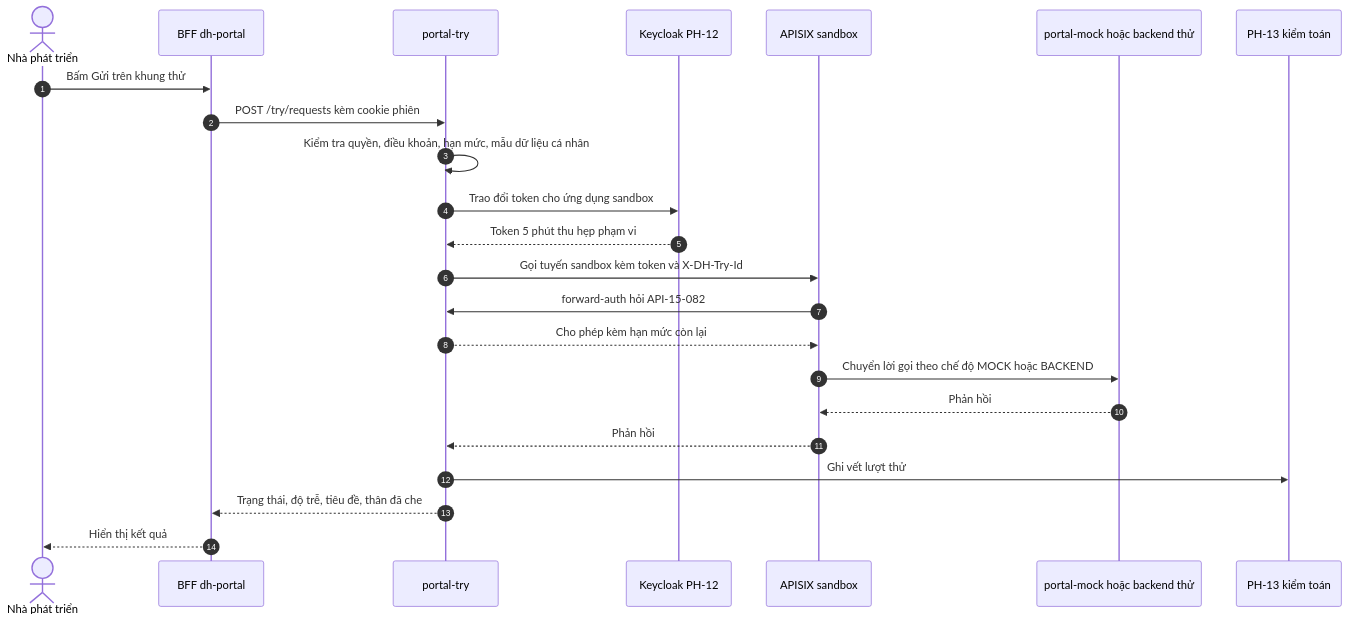
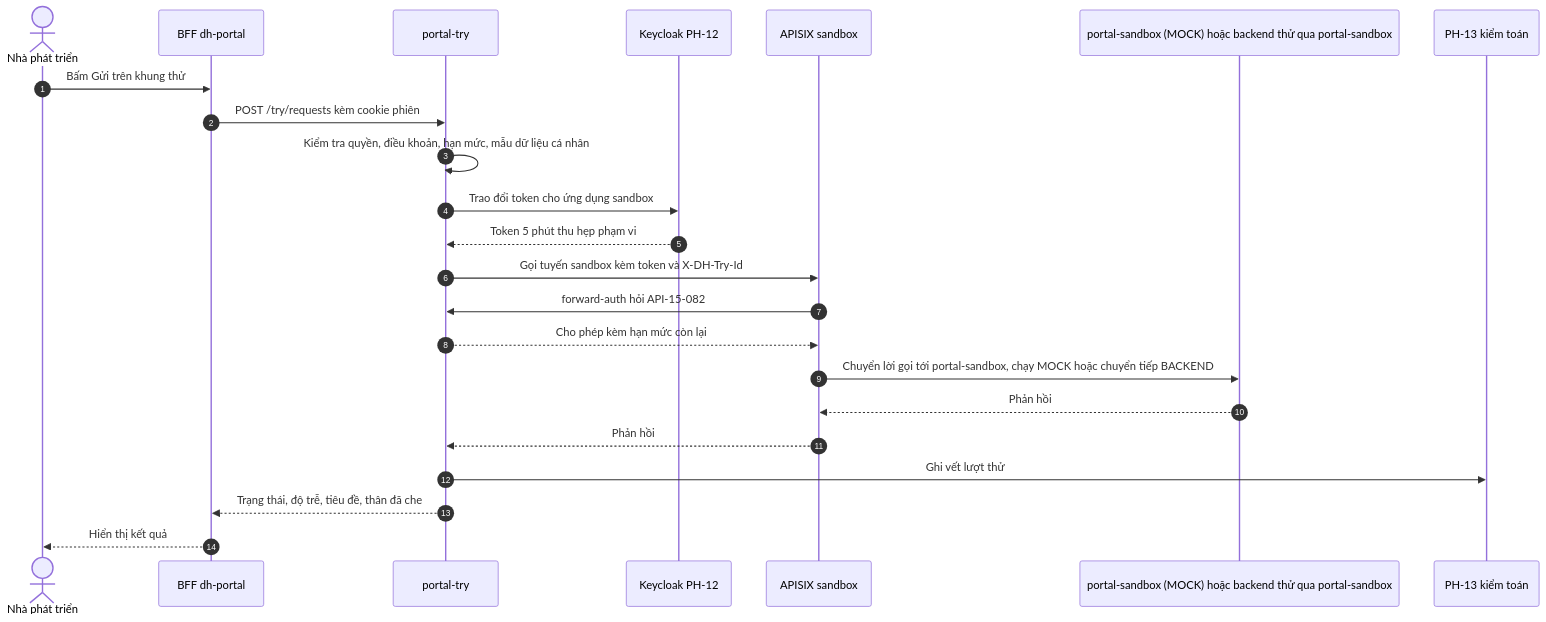
One commit to caprocute/DATAHUB changed the second of 11 diagrams in datahub-docs/02-yeu-cau/frs/D02-03-PH15-frs-cong-nha-phat-trien.md. Above: the diagram before and after it, drawn with Mermaid. The commit also changed other lines of this file and 6 other files, not shown here.

````diff
--- a/datahub-docs/02-yeu-cau/frs/D02-03-PH15-frs-cong-nha-phat-trien.md
+++ b/datahub-docs/02-yeu-cau/frs/D02-03-PH15-frs-cong-nha-phat-trien.md
@@ -265,25 +268,25 @@
 ```{.mermaid caption="Trình tự thử API trên sandbox"}
 sequenceDiagram
   autonumber
   actor D as Nhà phát triển
   participant B as BFF dh-portal
   participant T as portal-try
   participant K as Keycloak PH-12
   participant G as APISIX sandbox
-  participant M as portal-mock hoặc backend thử
+  participant M as portal-sandbox (MOCK) hoặc backend thử qua portal-sandbox
   participant A as PH-13 kiểm toán
   D->>B: Bấm Gửi trên khung thử
   B->>T: POST /try/requests kèm cookie phiên
   T->>T: Kiểm tra quyền, điều khoản, hạn mức, mẫu dữ liệu cá nhân
   T->>K: Trao đổi token cho ứng dụng sandbox
   K-->>T: Token 5 phút thu hẹp phạm vi
   T->>G: Gọi tuyến sandbox kèm token và X-DH-Try-Id
   G->>T: forward-auth hỏi API-15-082
   T-->>G: Cho phép kèm hạn mức còn lại
-  G->>M: Chuyển lời gọi theo chế độ MOCK hoặc BACKEND
+  G->>M: Chuyển lời gọi tới portal-sandbox, chạy MOCK hoặc chuyển tiếp BACKEND
   M-->>G: Phản hồi
   G-->>T: Phản hồi
   T->>A: Ghi vết lượt thử
   T-->>B: Trạng thái, độ trễ, tiêu đề, thân đã che
   B-->>D: Hiển thị kết quả
 ```
````
